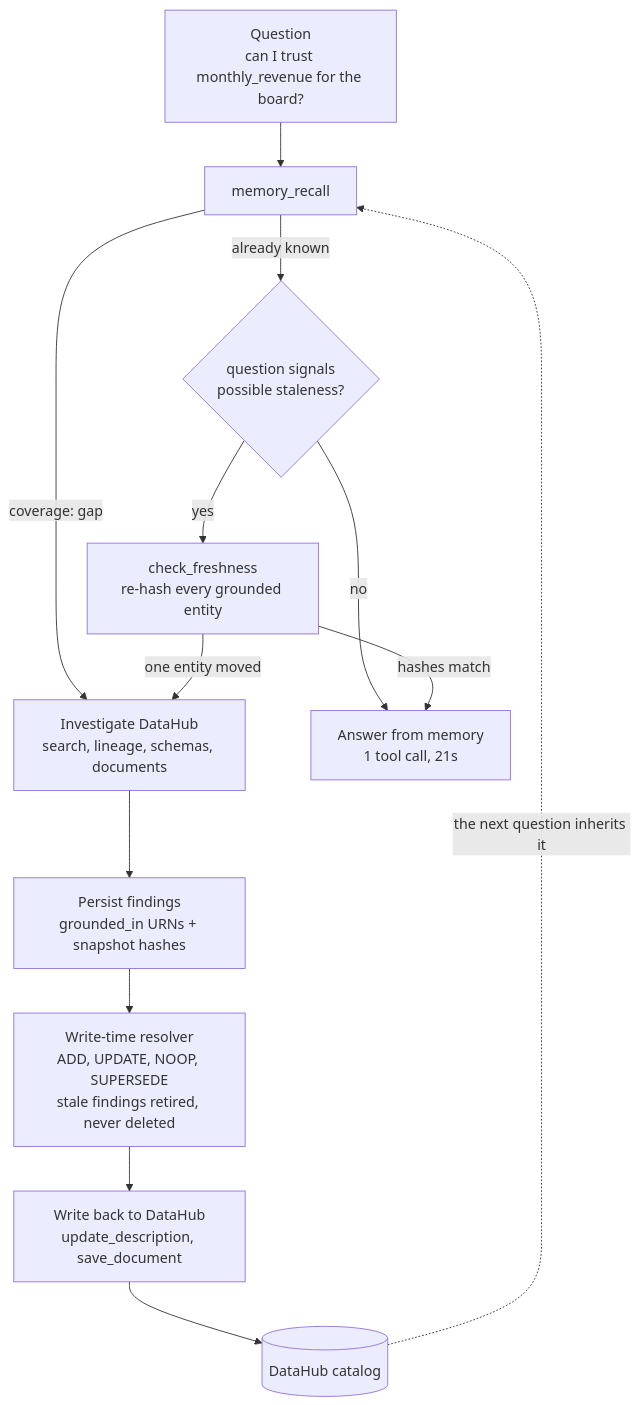
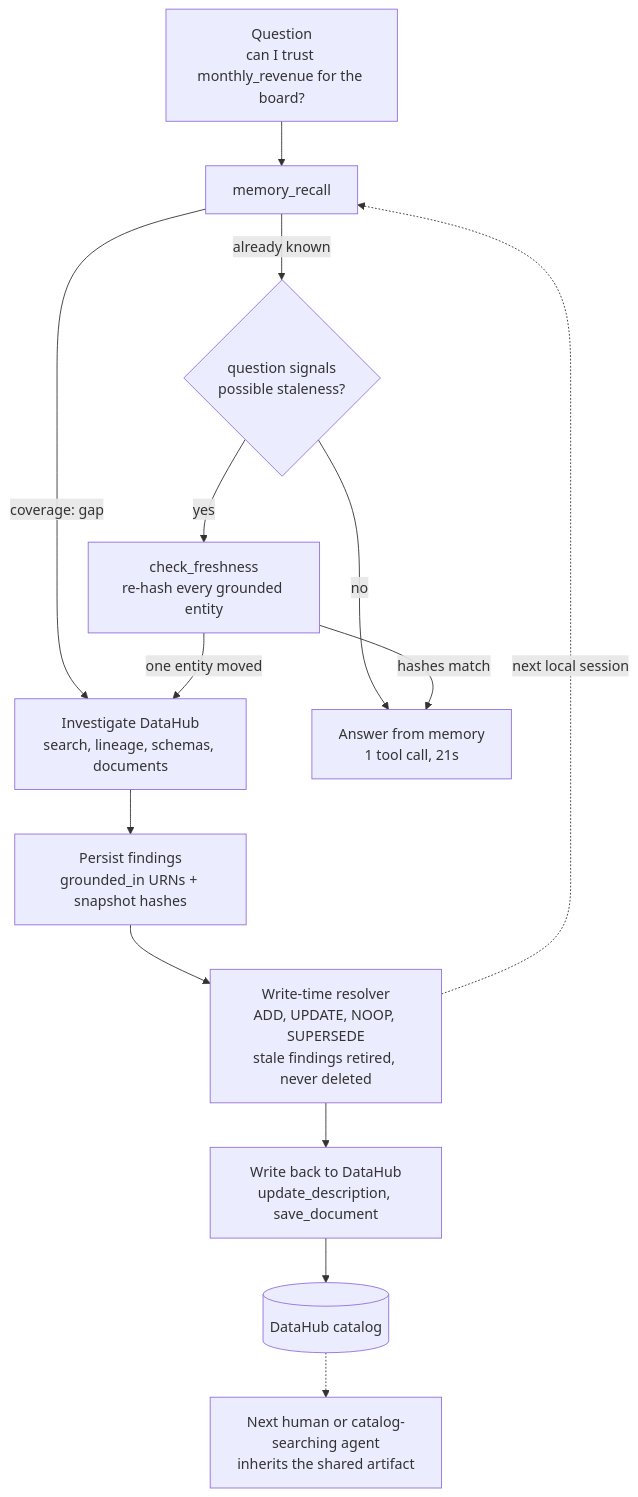
The diagram in README.md (anthonysuherli/datahub-memory), drawn with Mermaid before and after one commit. The commit also changed other lines of this file and 5 other files, not shown here.

````diff
--- a/README.md
+++ b/README.md
@@ -48,15 +116,16 @@
 ```mermaid
 flowchart TD
     Q["Question<br/>can I trust monthly_revenue for the board?"] --> R["memory_recall"]
     R -->|"coverage: gap"| INV["Investigate DataHub<br/>search, lineage, schemas, documents"]
     R -->|"already known"| F{"question signals<br/>possible staleness?"}
     F -->|no| A["Answer from memory<br/>1 tool call, 21s"]
     F -->|yes| C["check_freshness<br/>re-hash every grounded entity"]
     C -->|"hashes match"| A
     C -->|"one entity moved"| INV
     INV --> P["Persist findings<br/>grounded_in URNs + snapshot hashes"]
     P --> RS["Write-time resolver<br/>ADD, UPDATE, NOOP, SUPERSEDE<br/>stale findings retired, never deleted"]
+    RS -.->|"next local session"| R
     RS --> W["Write back to DataHub<br/>update_description, save_document"]
     W --> D[("DataHub catalog")]
-    D -.->|"the next question inherits it"| R
+    D -.-> H["Next human or catalog-searching agent<br/>inherits the shared artifact"]
 ```
````
